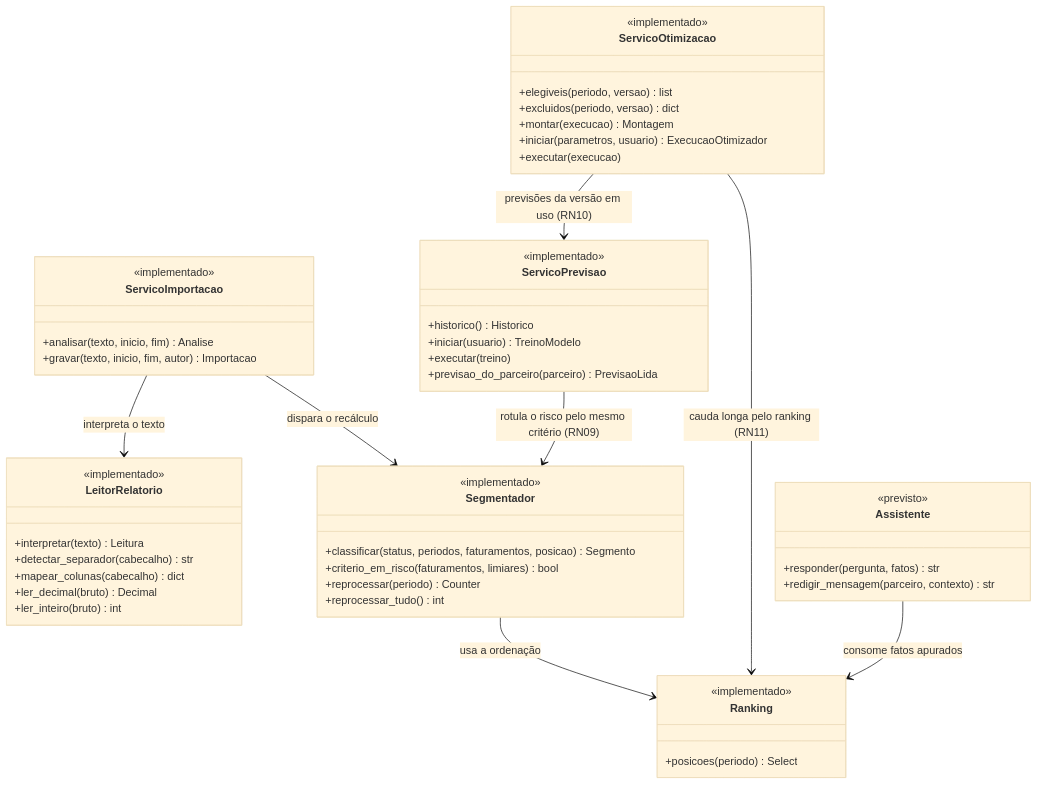
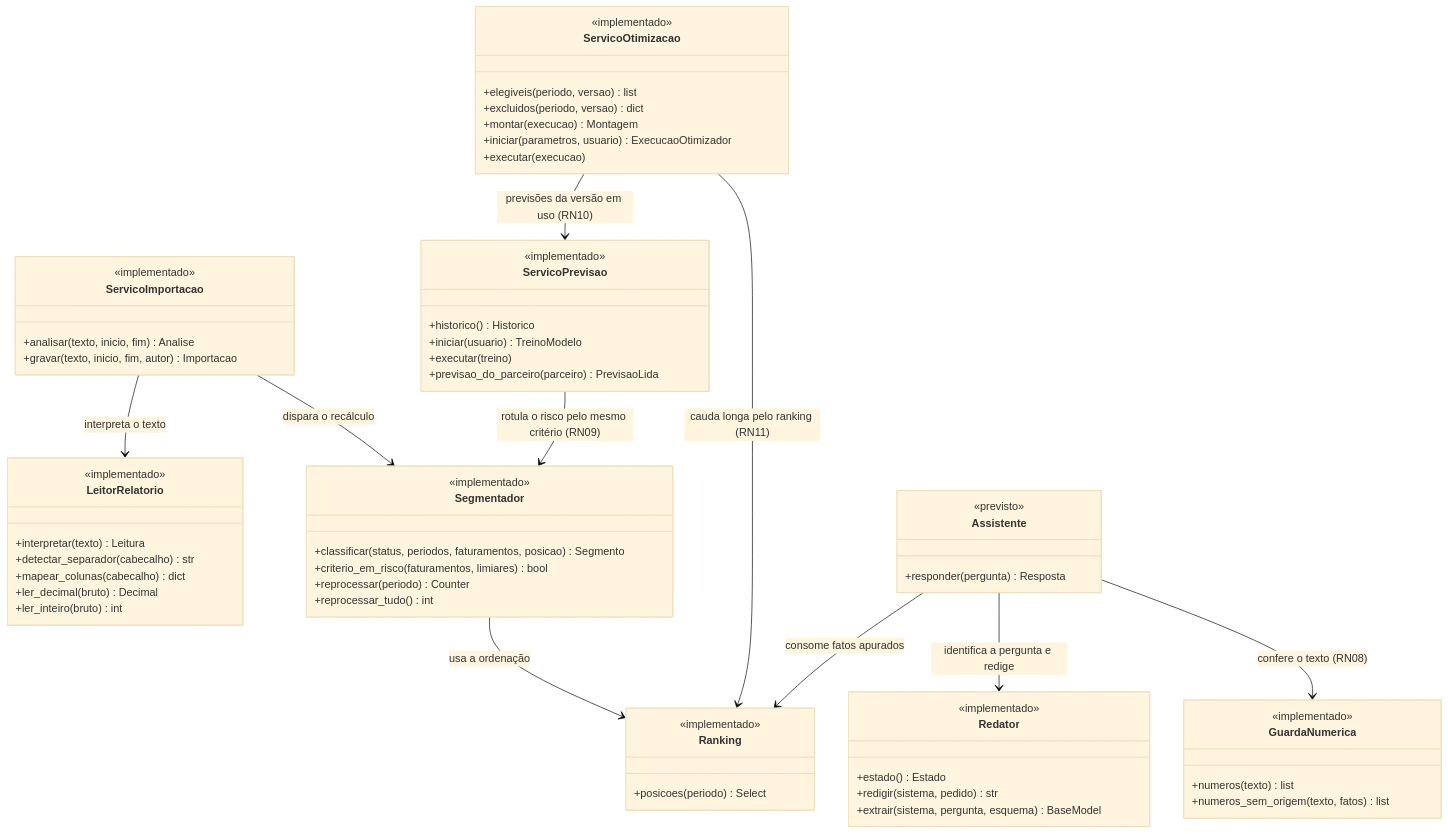
The sixth of 8 diagrams in docs/10-diagrama-de-classes.md (PedroMiranda243/gih-fabrica-de-software), drawn with Mermaid (base theme) before and after one commit. The commit also changed other lines of this file and 5 other files, not shown here.

````diff
--- a/docs/10-diagrama-de-classes.md
+++ b/docs/10-diagrama-de-classes.md
@@ -461,63 +461,77 @@
 ```mermaid
 classDiagram
     direction TB
 
     class ServicoImportacao {
         <<implementado>>
         +analisar(texto, inicio, fim) Analise
         +gravar(texto, inicio, fim, autor) Importacao
     }
 
     class LeitorRelatorio {
         <<implementado>>
         +interpretar(texto) Leitura
         +detectar_separador(cabecalho) str
         +mapear_colunas(cabecalho) dict
         +ler_decimal(bruto) Decimal
         +ler_inteiro(bruto) int
     }
 
     class Segmentador {
         <<implementado>>
         +classificar(status, periodos, faturamentos, posicao) Segmento
         +criterio_em_risco(faturamentos, limiares) bool
         +reprocessar(periodo) Counter
         +reprocessar_tudo() int
     }
 
     class Ranking {
         <<implementado>>
         +posicoes(periodo) Select
     }
 
     class ServicoPrevisao {
         <<implementado>>
         +historico() Historico
         +iniciar(usuario) TreinoModelo
         +executar(treino)
         +previsao_do_parceiro(parceiro) PrevisaoLida
     }
 
     class ServicoOtimizacao {
         <<implementado>>
         +elegiveis(periodo, versao) list
         +excluidos(periodo, versao) dict
         +montar(execucao) Montagem
         +iniciar(parametros, usuario) ExecucaoOtimizador
         +executar(execucao)
     }
 
+    class Redator {
+        <<implementado>>
+        +estado() Estado
+        +redigir(sistema, pedido) str
+        +extrair(sistema, pergunta, esquema) BaseModel
+    }
+
+    class GuardaNumerica {
+        <<implementado>>
+        +numeros(texto) list
+        +numeros_sem_origem(texto, fatos) list
+    }
+
     class Assistente {
         <<previsto>>
-        +responder(pergunta, fatos) str
-        +redigir_mensagem(parceiro, contexto) str
+        +responder(pergunta) Resposta
     }
 
     ServicoImportacao --> LeitorRelatorio : interpreta o texto
     ServicoImportacao --> Segmentador : dispara o recálculo
     Segmentador --> Ranking : usa a ordenação
     ServicoPrevisao --> Segmentador : rotula o risco pelo mesmo critério (RN09)
     ServicoOtimizacao --> Ranking : cauda longa pelo ranking (RN11)
     ServicoOtimizacao --> ServicoPrevisao : previsões da versão em uso (RN10)
     Assistente --> Ranking : consome fatos apurados
+    Assistente --> Redator : identifica a pergunta e redige
+    Assistente --> GuardaNumerica : confere o texto (RN08)
 ```
````
